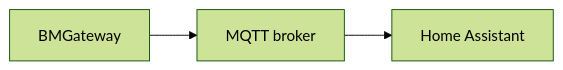
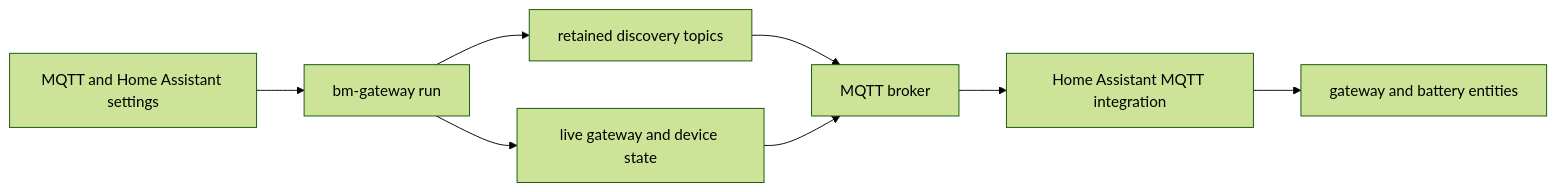
The diagram in home-assistant/setup.md (marcomc/BMGateway), drawn with Mermaid (forest theme) before and after one commit. The commit also changed 7 other files, not shown here.

Commit message:
Enhance documentation with new diagrams for system flow, Raspberry Pi setup, and web implementation; improve clarity on runtime state and history storage processes.

````diff
--- a/home-assistant/setup.md
+++ b/home-assistant/setup.md
@@ -62,9 +62,20 @@
 ```mermaid
 flowchart LR
-    Gateway["BMGateway"]
+    accTitle: Home Assistant discovery flow
+    accDescr: Shows how BMGateway settings enable runtime discovery and state messages through the MQTT broker to Home Assistant entities.
+    Settings["MQTT and Home Assistant settings"]
+    Runtime["bm-gateway run"]
+    Discovery["retained discovery topics"]
+    State["live gateway and device state"]
     Broker["MQTT broker"]
-    HomeAssistant["Home Assistant"]
+    HomeAssistant["Home Assistant MQTT integration"]
+    Entities["gateway and battery entities"]
 
-    Gateway --> Broker
+    Settings --> Runtime
+    Runtime --> Discovery
+    Runtime --> State
+    Discovery --> Broker
+    State --> Broker
     Broker --> HomeAssistant
+    HomeAssistant --> Entities
 ```
````
